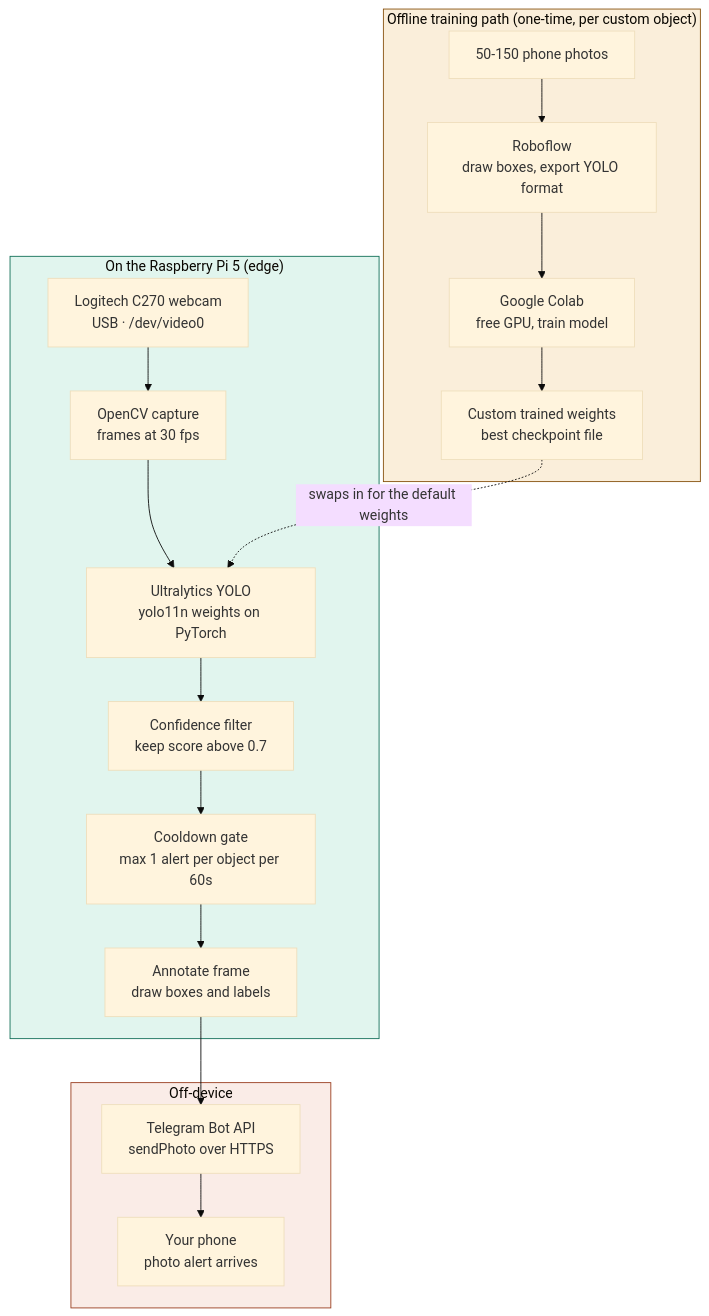
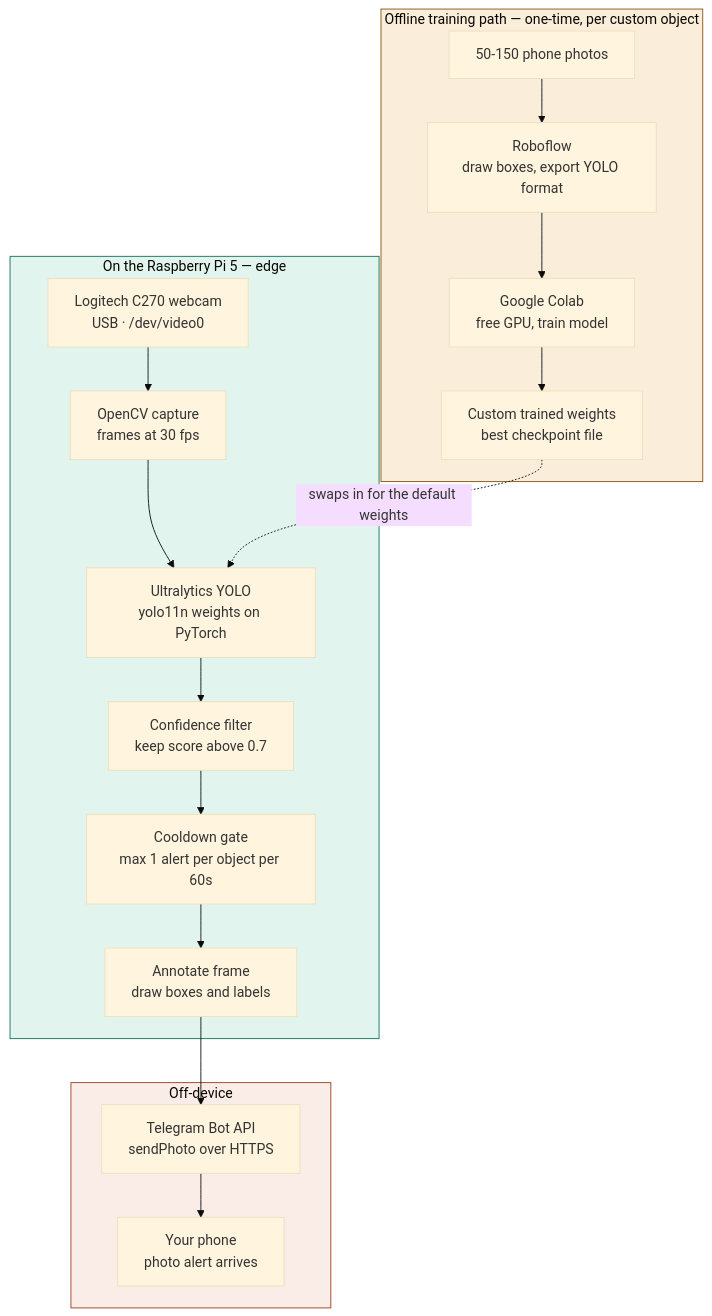
One commit to olegsaveliev/cv-project changed the diagram in README.md. Above: the diagram before and after it, drawn with Mermaid (base theme). The commit also changed 1 other file, not shown here.

Commit message:
Actually fix Mermaid subgraph parse error; log the gotcha
Prior commit 2a557f4 was labeled as a Mermaid fix but still contained
the broken parenthesized subgraph titles. Replace the parentheses in the
two subgraph titles with em-dashes so GitHub's Mermaid parses them, and
record the parentheses-in-subgraph-titles gotcha in MEMORY.md.

````diff
--- a/README.md
+++ b/README.md
@@ -72,31 +72,31 @@
 ```mermaid
 flowchart TD
-    subgraph device["On the Raspberry Pi 5 (edge)"]
+    subgraph device["On the Raspberry Pi 5 — edge"]
         CAM["Logitech C270 webcam<br/>USB · /dev/video0"]
         CV["OpenCV capture<br/>frames at 30 fps"]
         YOLO["Ultralytics YOLO<br/>yolo11n weights on PyTorch"]
         CONF["Confidence filter<br/>keep score above 0.7"]
         COOL["Cooldown gate<br/>max 1 alert per object per 60s"]
         SAVE["Annotate frame<br/>draw boxes and labels"]
     end
 
     subgraph cloud["Off-device"]
         TG["Telegram Bot API<br/>sendPhoto over HTTPS"]
         PHONE["Your phone<br/>photo alert arrives"]
     end
 
-    subgraph training["Offline training path (one-time, per custom object)"]
+    subgraph training["Offline training path — one-time, per custom object"]
         PHOTOS["50-150 phone photos"]
         RF["Roboflow<br/>draw boxes, export YOLO format"]
         COLAB["Google Colab<br/>free GPU, train model"]
         BEST["Custom trained weights<br/>best checkpoint file"]
     end
 
     CAM --> CV --> YOLO --> CONF --> COOL --> SAVE --> TG --> PHONE
     PHOTOS --> RF --> COLAB --> BEST
     BEST -.->|swaps in for the default weights| YOLO
 
     style device fill:#E1F5EE,stroke:#0F6E56
     style cloud fill:#FAECE7,stroke:#993C1D
     style training fill:#FAEEDA,stroke:#854F0B
 ```
````
